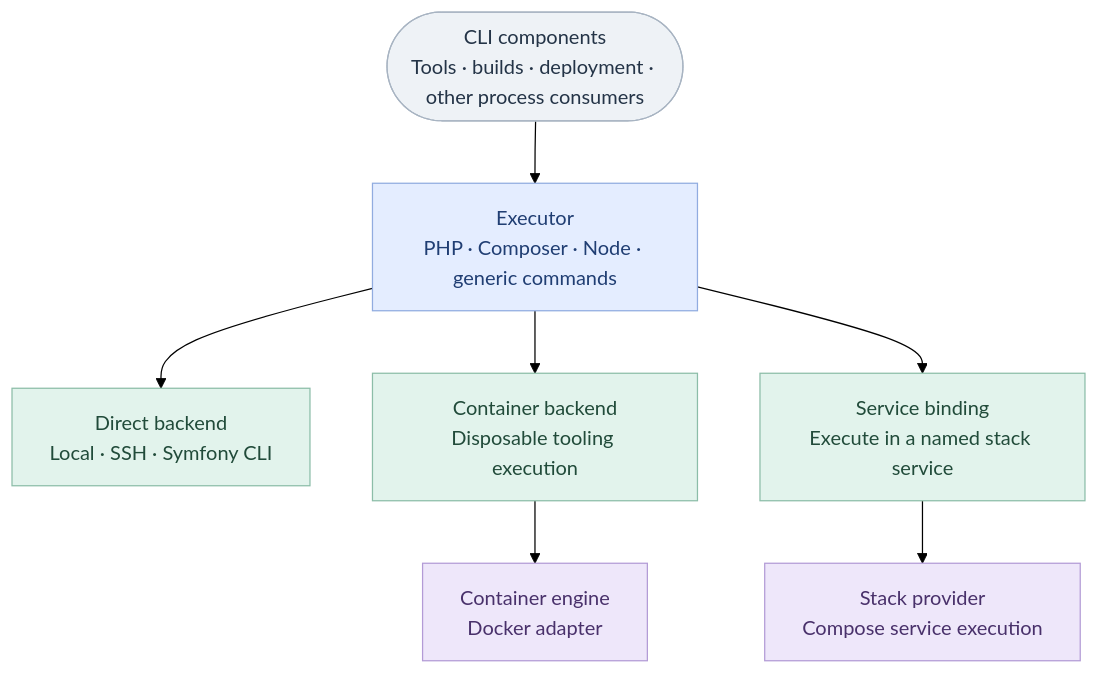
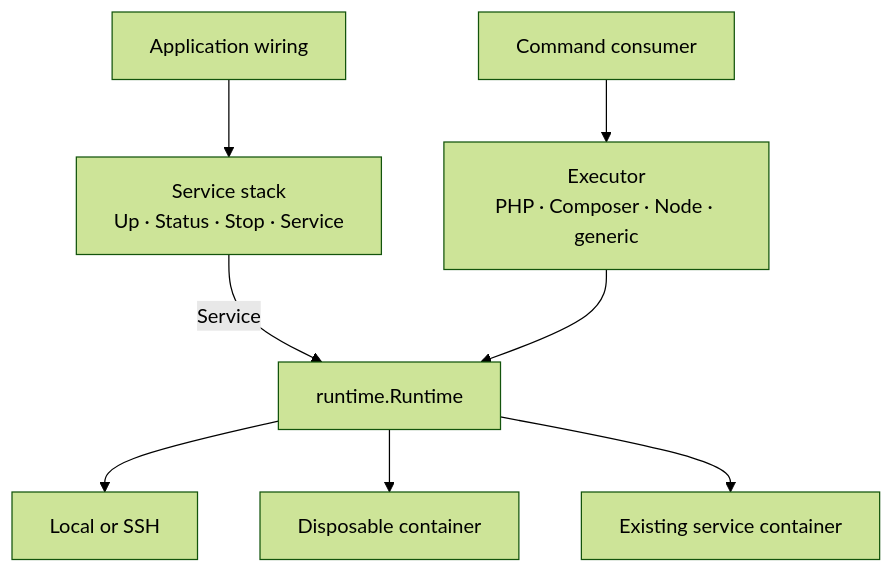
One commit to shopware/shopware-cli changed the diagram in docs/adr/2026-11-10-execution-runtime-model.md. Above: the diagram before and after it, drawn with Mermaid (forest theme). The commit also changed other lines of this file and 1 other file, not shown here.

Commit message:
docs: define execution runtime and resource contracts

````diff
--- a/docs/adr/2026-11-10-execution-runtime-model.md
+++ b/docs/adr/2026-11-10-execution-runtime-model.md
@@ -60,22 +79,10 @@
 ```mermaid
 flowchart TB
-    C(["CLI components<br/>Tools · builds · deployment · other process consumers"])
-    E["Executor<br/>PHP · Composer · Node · generic commands"]
-    C --> E
-
-    E --> L["Direct backend<br/>Local · SSH · Symfony CLI"]
-    E --> R["Container backend<br/>Disposable tooling execution"]
-    E --> S["Service binding<br/>Execute in a named stack service"]
-
-    R --> ENGINE["Container engine<br/>Docker adapter"]
-    S --> STACK["Stack provider<br/>Compose service execution"]
-
-    classDef consumer fill:#eef2f6,stroke:#a8b4c2,color:#243447
-    classDef execution fill:#e4edff,stroke:#91ace0,color:#203e73
-    classDef runtime fill:#e2f3ec,stroke:#8cbda8,color:#214b3a
-    classDef infrastructure fill:#eee7fa,stroke:#b39bd6,color:#49316b
-    class C consumer
-    class E execution
-    class L,R,S runtime
-    class ENGINE,STACK infrastructure
+    W["Application wiring"] --> S["Service stack<br/>Up · Status · Stop · Service"]
+    S -->|Service| B["runtime.Runtime"]
+    C["Command consumer"] --> E["Executor<br/>PHP · Composer · Node · generic"]
+    E --> B
+    B --> L["Local or SSH"]
+    B --> D["Disposable container"]
+    B --> P["Existing service container"]
 ```
````
